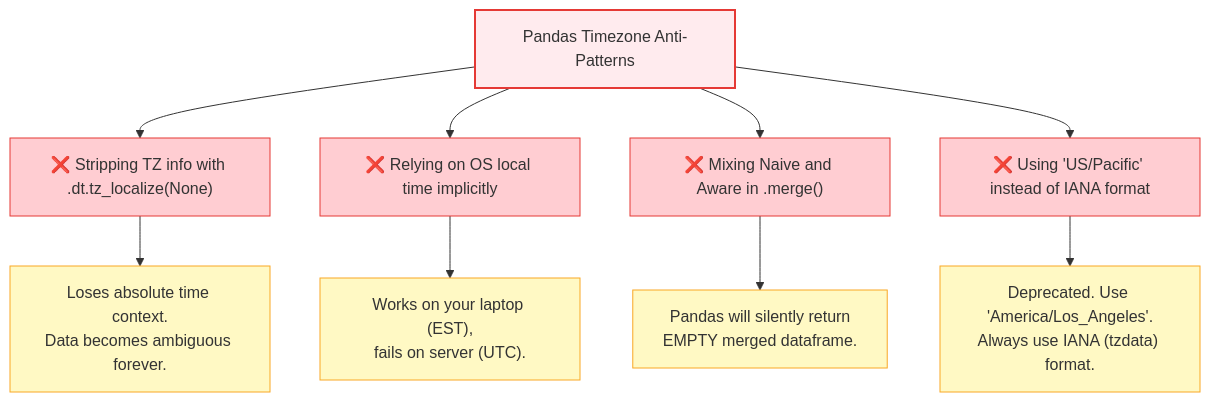
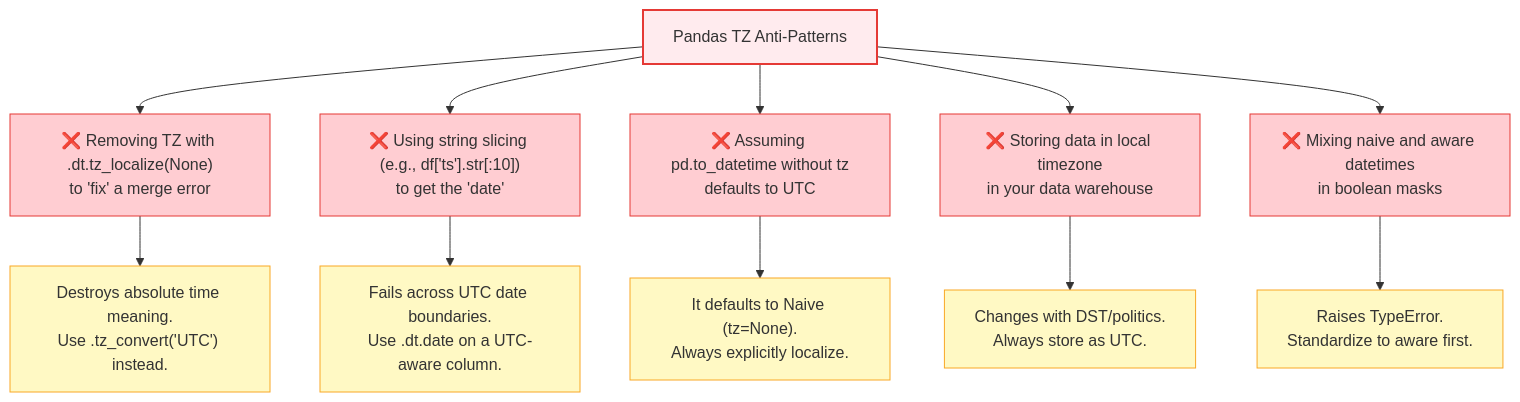
The eighth of 10 diagrams in data-modeling/Data engineering grain mismatch handling.md (YasinSaberi/data-engineering-notes), drawn with Mermaid before and after one commit. The commit also changed other lines of this file, not shown here.

Commit message:
Update Data engineering grain mismatch handling.md

````diff
--- a/data-modeling/Data engineering grain mismatch handling.md
+++ b/data-modeling/Data engineering grain mismatch handling.md
@@ -271,29 +343,35 @@
 ```mermaid
 flowchart TD
-    A["Pandas Timezone Anti-Patterns"] --> P1
-    A --> P2
-    A --> P3
-    A --> P4
+    A["Pandas TZ Anti-Patterns"] --> M1
+    A --> M2
+    A --> M3
+    A --> M4
+    A --> M5
 
-    P1["❌ Stripping TZ info with .dt.tz_localize(None)"]
-    P1 --> P1C["Loses absolute time context.<br/>Data becomes ambiguous forever."]
+    M1["❌ Removing TZ with .dt.tz_localize(None)<br/>to 'fix' a merge error"]
+    M1 --> M1R["Destroys absolute time meaning.<br/>Use .tz_convert('UTC') instead."]
 
-    P2["❌ Relying on OS local time implicitly"]
-    P2 --> P2C["Works on your laptop (EST),<br/>fails on server (UTC)."]
+    M2["❌ Using string slicing (e.g., df['ts'].str[:10])<br/>to get the 'date'"]
+    M2 --> M2R["Fails across UTC date boundaries.<br/>Use .dt.date on a UTC-aware column."]
 
-    P3["❌ Mixing Naive and Aware in .merge()"]
-    P3 --> P3C["Pandas will silently return<br/>EMPTY merged dataframe."]
+    M3["❌ Assuming pd.to_datetime without tz<br/>defaults to UTC"]
+    M3 --> M3R["It defaults to Naive (tz=None).<br/>Always explicitly localize."]
 
-    P4["❌ Using 'US/Pacific' instead of IANA format"]
-    P4 --> P4C["Deprecated. Use 'America/Los_Angeles'.<br/>Always use IANA (tzdata) format."]
+    M4["❌ Storing data in local timezone<br/>in your data warehouse"]
+    M4 --> M4R["Changes with DST/politics.<br/>Always store as UTC."]
+
+    M5["❌ Mixing naive and aware datetimes<br/>in boolean masks"]
+    M5 --> M5R["Raises TypeError.<br/>Standardize to aware first."]
 
     style A fill:#ffebee,stroke:#e53935,stroke-width:2px
-    style P1 fill:#ffcdd2,stroke:#e53935,stroke-width:1px
-    style P2 fill:#ffcdd2,stroke:#e53935,stroke-width:1px
-    style P3 fill:#ffcdd2,stroke:#e53935,stroke-width:1px
-    style P4 fill:#ffcdd2,stroke:#e53935,stroke-width:1px
-    style P1C fill:#fff9c4,stroke:#f9a825,stroke-width:1px
-    style P2C fill:#fff9c4,stroke:#f9a825,stroke-width:1px
-    style P3C fill:#fff9c4,stroke:#f9a825,stroke-width:1px
-    style P4C fill:#fff9c4,stroke:#f9a825,stroke-width:1px
+    style M1 fill:#ffcdd2,stroke:#e53935,stroke-width:1px
+    style M2 fill:#ffcdd2,stroke:#e53935,stroke-width:1px
+    style M3 fill:#ffcdd2,stroke:#e53935,stroke-width:1px
+    style M4 fill:#ffcdd2,stroke:#e53935,stroke-width:1px
+    style M5 fill:#ffcdd2,stroke:#e53935,stroke-width:1px
+    style M1R fill:#fff9c4,stroke:#f9a825,stroke-width:1px
+    style M2R fill:#fff9c4,stroke:#f9a825,stroke-width:1px
+    style M3R fill:#fff9c4,stroke:#f9a825,stroke-width:1px
+    style M4R fill:#fff9c4,stroke:#f9a825,stroke-width:1px
+    style M5R fill:#fff9c4,stroke:#f9a825,stroke-width:1px
 ```
````
